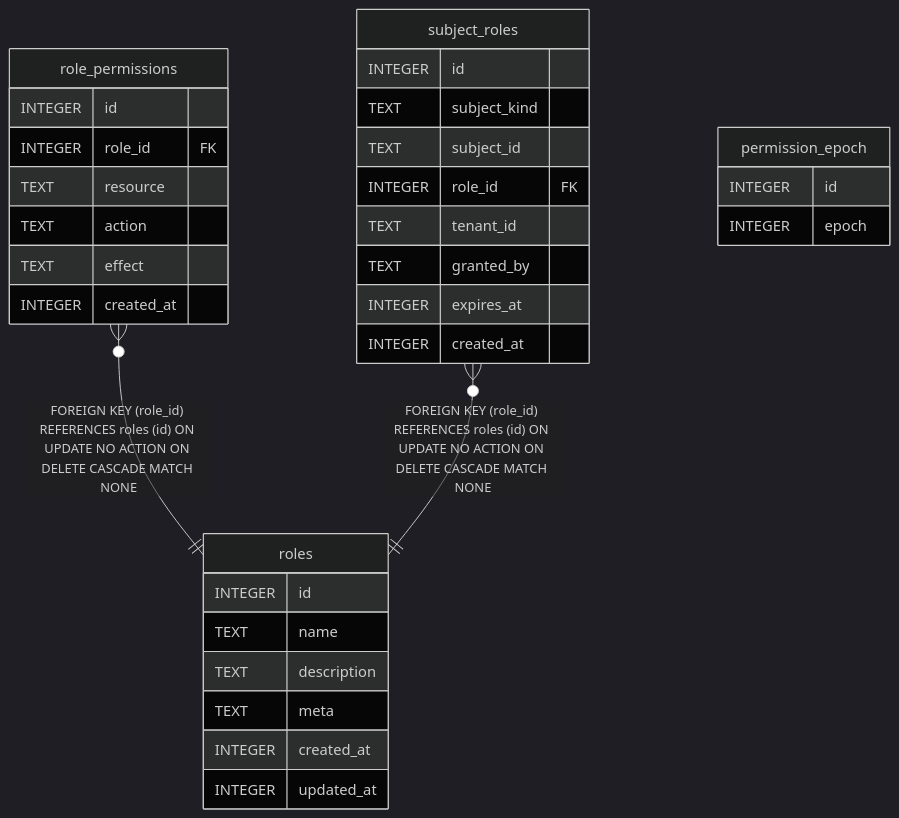
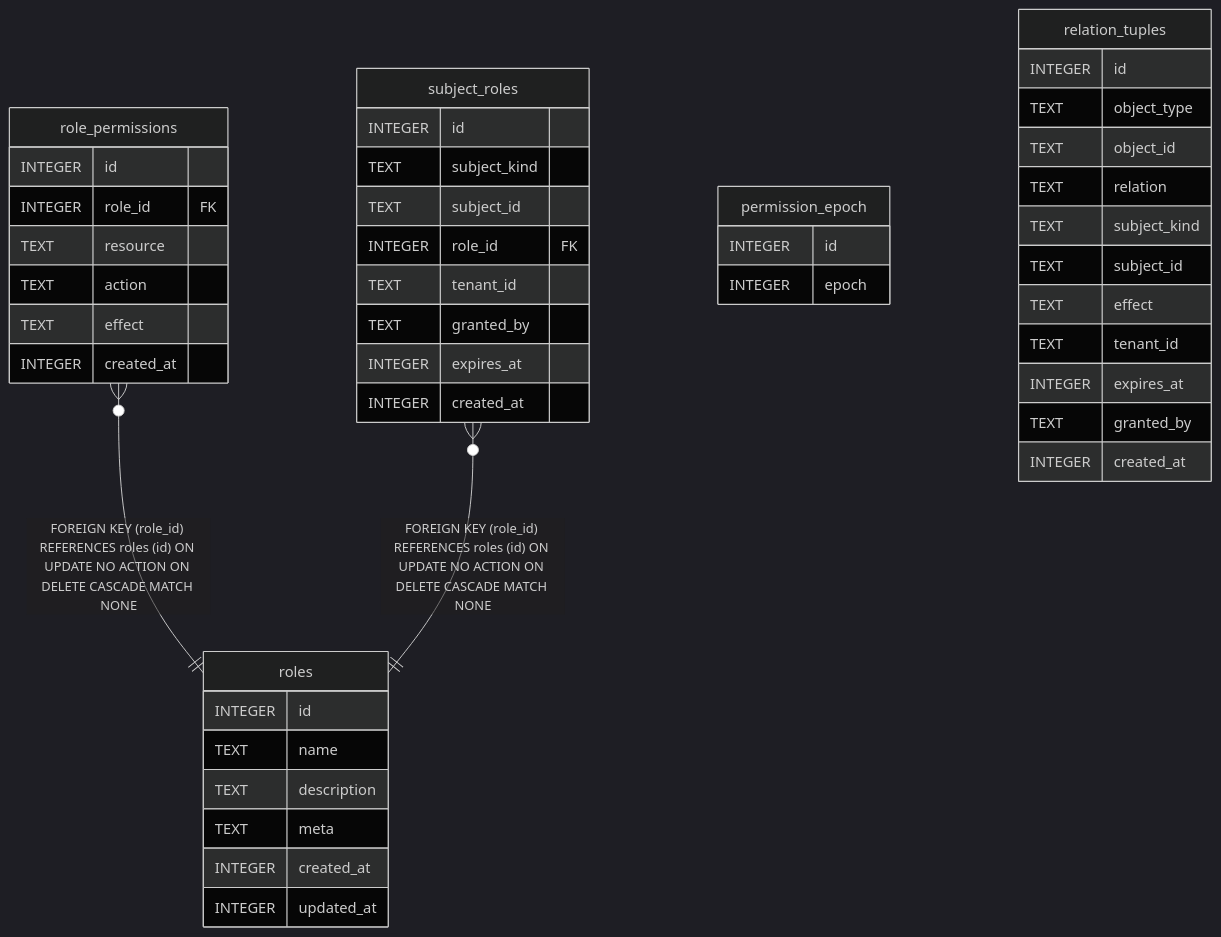
One commit to ktbhealth/docs changed the diagram in content/docs/pt-BR/developers/plugins/rbac/reference/schema.mmd. Above: the diagram before and after it, drawn with Mermaid (dark theme). The commit also changed 9 other files, not shown here.

Commit message:
docs(erd): relation_tuples table (P-101 ReBAC)

```diff
--- a/content/docs/pt-BR/developers/plugins/rbac/reference/schema.mmd
+++ b/content/docs/pt-BR/developers/plugins/rbac/reference/schema.mmd
@@ -1,35 +1,48 @@
 erDiagram
 
 "role_permissions" }o--|| "roles" : "FOREIGN KEY (role_id) REFERENCES roles (id) ON UPDATE NO ACTION ON DELETE CASCADE MATCH NONE"
 "subject_roles" }o--|| "roles" : "FOREIGN KEY (role_id) REFERENCES roles (id) ON UPDATE NO ACTION ON DELETE CASCADE MATCH NONE"
 
 "permission_epoch" {
   INTEGER id
   INTEGER epoch
 }
 "role_permissions" {
   INTEGER id
   INTEGER role_id FK
   TEXT resource
   TEXT action
   TEXT effect
   INTEGER created_at
 }
 "roles" {
   INTEGER id
   TEXT name
   TEXT description
   TEXT meta
   INTEGER created_at
   INTEGER updated_at
 }
 "subject_roles" {
   INTEGER id
   TEXT subject_kind
   TEXT subject_id
   INTEGER role_id FK
   TEXT tenant_id
   TEXT granted_by
   INTEGER expires_at
   INTEGER created_at
 }
+"relation_tuples" {
+  INTEGER id
+  TEXT object_type
+  TEXT object_id
+  TEXT relation
+  TEXT subject_kind
+  TEXT subject_id
+  TEXT effect
+  TEXT tenant_id
+  INTEGER expires_at
+  TEXT granted_by
+  INTEGER created_at
+}
```
